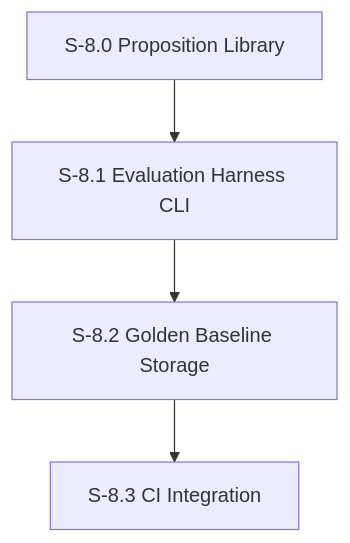
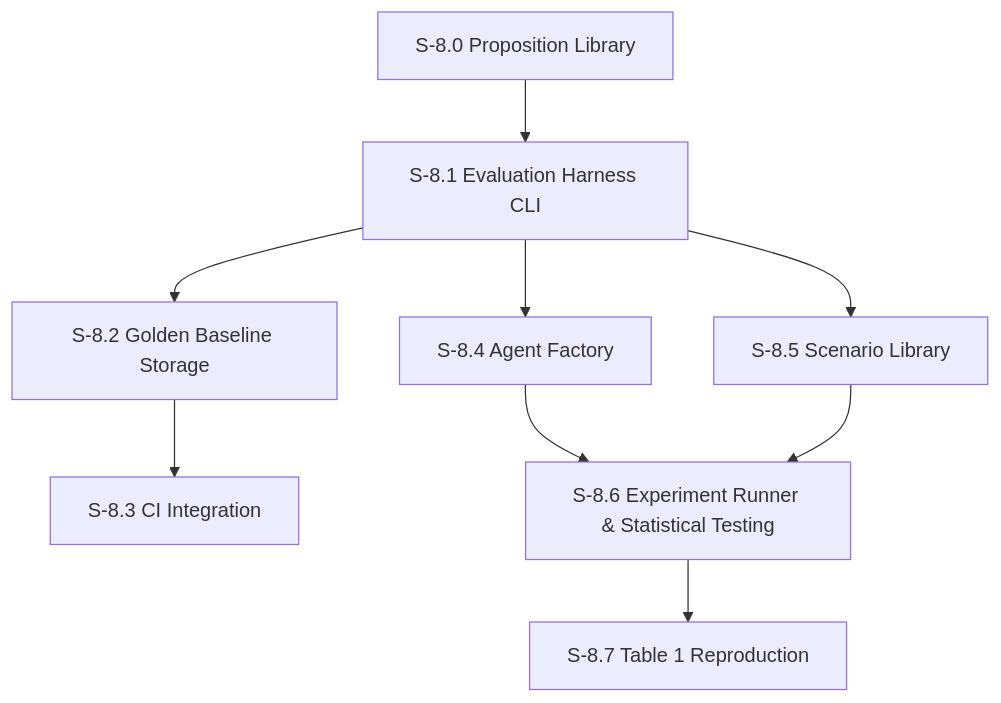
The diagram in spec/plan/milestone-8-evaluation-harness.md (pedropaulovc/the-office), drawn with Mermaid before and after one commit. The commit also changed other lines of this file and 4 other files, not shown here.

First line of the commit message:
Update M6–M8 specs to enable TinyTroupe Table 1 reproduction

````diff
--- a/spec/plan/milestone-8-evaluation-harness.md
+++ b/spec/plan/milestone-8-evaluation-harness.md
@@ -7,6 +7,11 @@
 ```mermaid
 graph TD
     S80[S-8.0 Proposition Library] --> S81[S-8.1 Evaluation Harness CLI]
     S81 --> S82[S-8.2 Golden Baseline Storage]
     S82 --> S83[S-8.3 CI Integration]
+    S81 --> S84[S-8.4 Agent Factory]
+    S81 --> S85[S-8.5 Scenario Library]
+    S84 --> S86[S-8.6 Experiment Runner & Statistical Testing]
+    S85 --> S86
+    S86 --> S87[S-8.7 Table 1 Reproduction]
 ```
````
